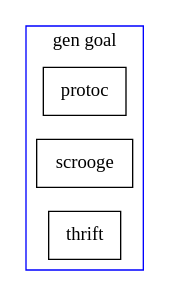
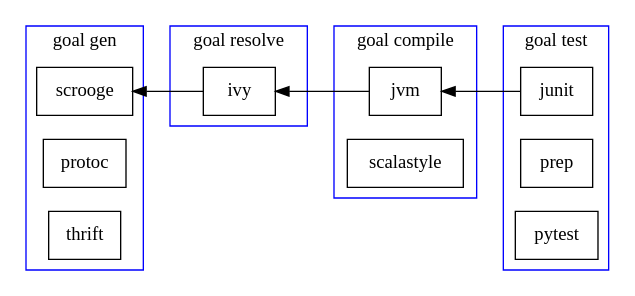
One commit to pantsbuild/pants changed the diagram in src/python/pants/docs/goals_graph.dot. Above: the diagram before and after it, drawn with Graphviz. The commit also changed 3 other files, not shown here.

```diff
--- a/src/python/pants/docs/goals_graph.dot
+++ b/src/python/pants/docs/goals_graph.dot
@@ -1,13 +1,31 @@
 digraph G {
   compound=true;
   rankdir=RL;
   node [shape=box];
 
   subgraph cluster_gen {
-    label="gen goal";
+    label="goal gen";
     color=blue;
-    protoc;
-    scrooge;
-    thrift;
+    scrooge protoc thrift;
   }
+
+  subgraph cluster_resolve {
+    label="goal resolve";
+    color=blue;
+    ivy;
+  }
+
+  subgraph cluster_compile {
+    label="goal compile";
+    color=blue;
+    jvm scalastyle;
+  }
+
+  subgraph cluster_test {
+    label="goal test";
+    color=blue;
+    junit prep pytest;
+  }
+
+  junit -> jvm -> ivy -> scrooge;
 }
```
